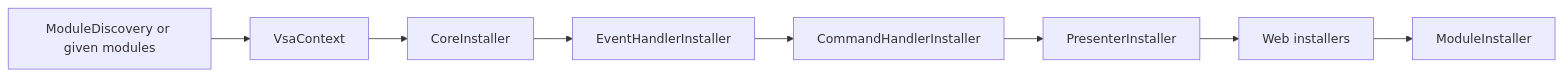
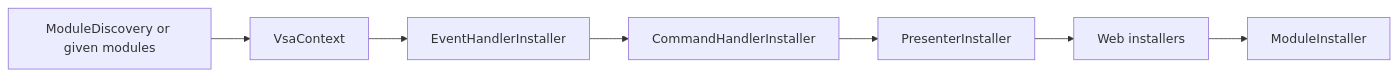
The diagram in docs/composition.md (MgCohen/vsa-template), drawn with Mermaid before and after one commit. The commit also changed other lines of this file and 37 other files, not shown here.

First line of the commit message:
Move each installer to its layer, generate ArchitectureTests

````diff
--- a/docs/composition.md
+++ b/docs/composition.md
@@ -7,10 +7,9 @@
 ```mermaid
 flowchart LR
     D[ModuleDiscovery or given modules] --> X[VsaContext]
-    X --> C[CoreInstaller]
-    C --> E[EventHandlerInstaller]
+    X --> E[EventHandlerInstaller]
     E --> K[CommandHandlerInstaller]
     K --> P[PresenterInstaller]
     P --> W[Web installers]
     W --> M[ModuleInstaller]
 ```
````
